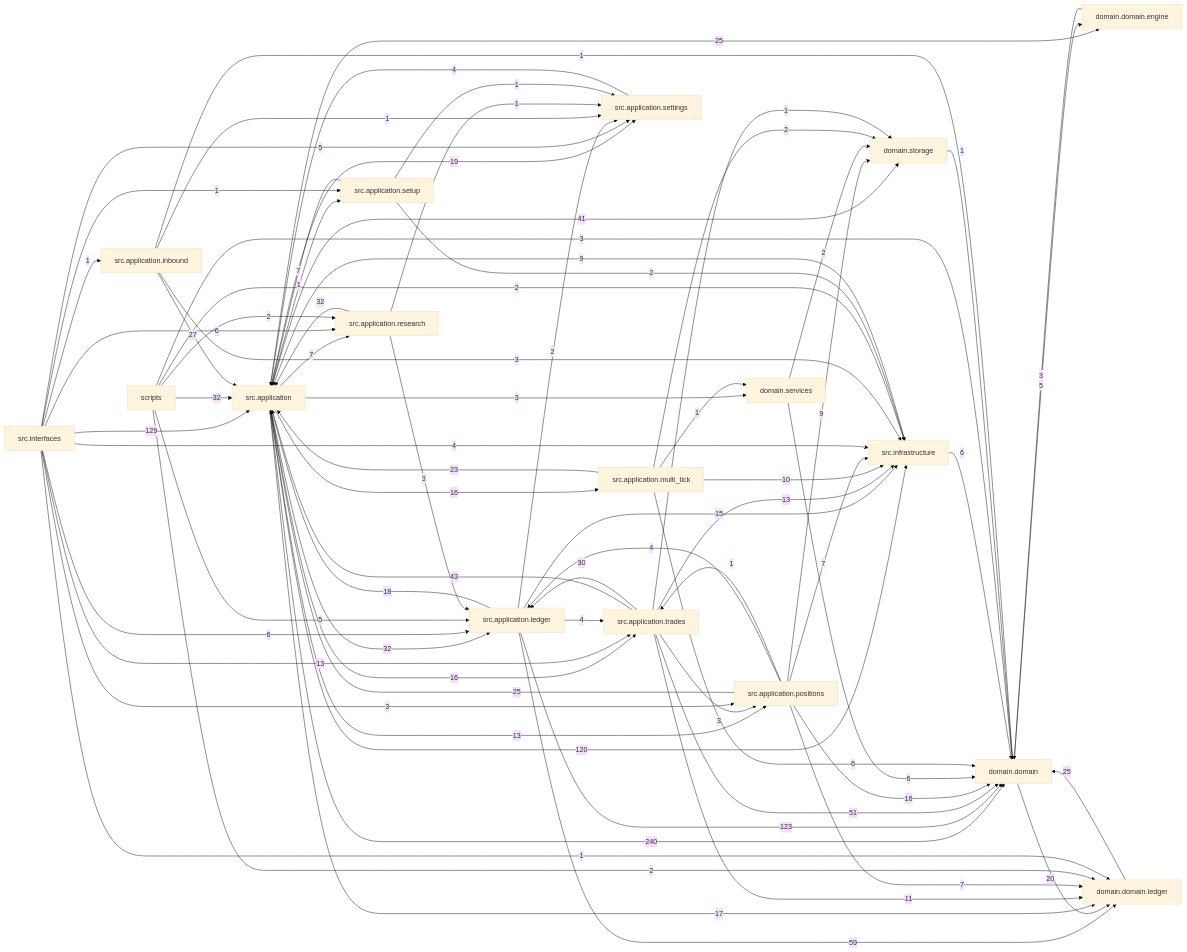
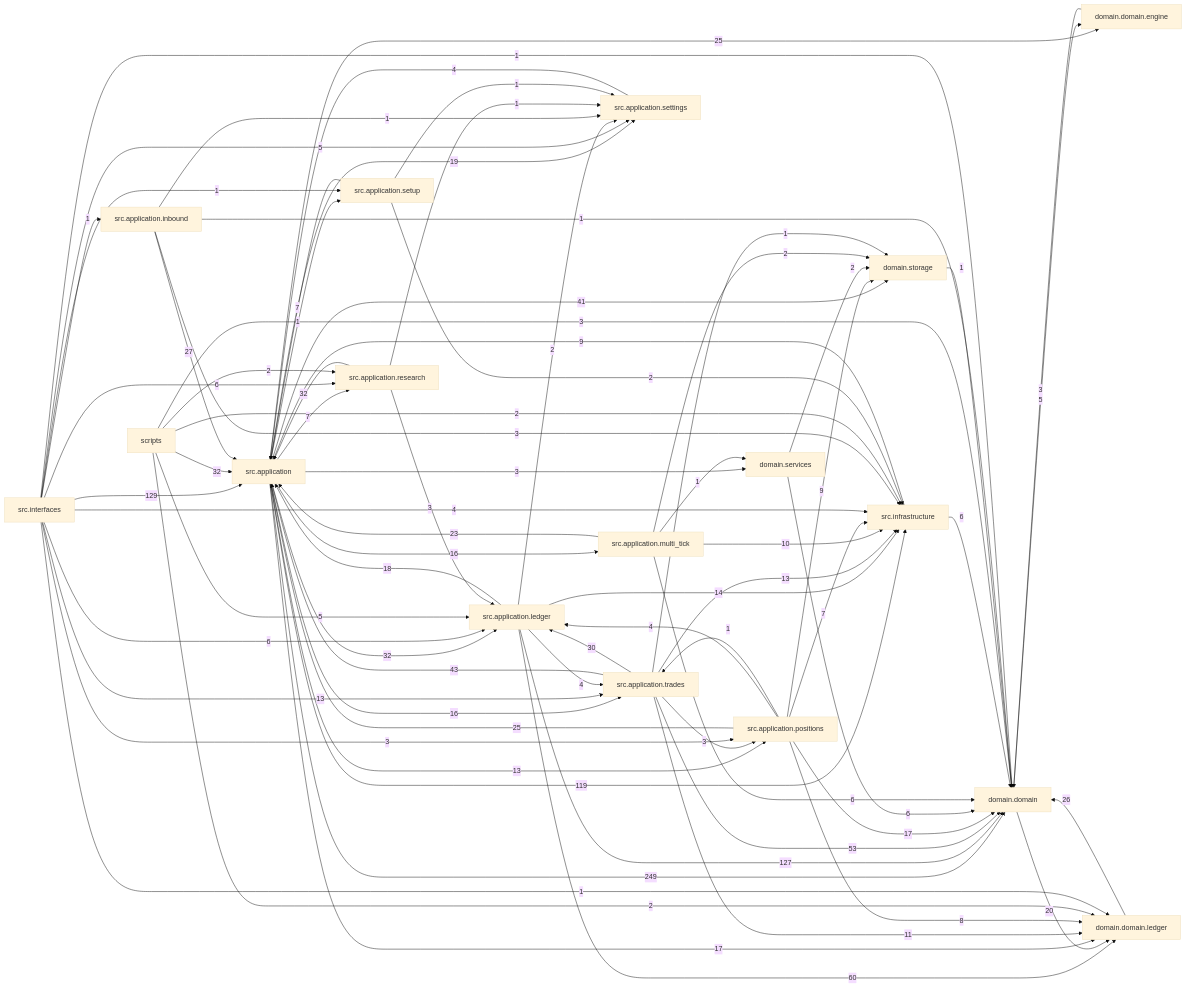
One commit to liuxie066/options-monitor changed the diagram in docs/dependency_graph.mmd. Above: the diagram before and after it, drawn with Mermaid (base theme). The commit also changed 100 other files, not shown here.

```diff
--- a/docs/dependency_graph.mmd
+++ b/docs/dependency_graph.mmd
@@ -1,75 +1,76 @@
 flowchart LR
-  src_application["src.application"] -->|240| domain_domain["domain.domain"]
+  src_application["src.application"] -->|249| domain_domain["domain.domain"]
   src_interfaces["src.interfaces"] -->|129| src_application["src.application"]
-  src_application_ledger["src.application.ledger"] -->|123| domain_domain["domain.domain"]
-  src_application["src.application"] -->|120| src_infrastructure["src.infrastructure"]
-  src_application_ledger["src.application.ledger"] -->|59| domain_domain_ledger["domain.domain.ledger"]
-  src_application_trades["src.application.trades"] -->|51| domain_domain["domain.domain"]
+  src_application_ledger["src.application.ledger"] -->|127| domain_domain["domain.domain"]
+  src_application["src.application"] -->|119| src_infrastructure["src.infrastructure"]
+  src_application_ledger["src.application.ledger"] -->|60| domain_domain_ledger["domain.domain.ledger"]
+  src_application_trades["src.application.trades"] -->|53| domain_domain["domain.domain"]
   src_application_trades["src.application.trades"] -->|43| src_application["src.application"]
   src_application["src.application"] -->|41| domain_storage["domain.storage"]
   scripts["scripts"] -->|32| src_application["src.application"]
   src_application["src.application"] -->|32| src_application_ledger["src.application.ledger"]
   src_application_research["src.application.research"] -->|32| src_application["src.application"]
   src_application_trades["src.application.trades"] -->|30| src_application_ledger["src.application.ledger"]
   src_application_inbound["src.application.inbound"] -->|27| src_application["src.application"]
-  domain_domain_ledger["domain.domain.ledger"] -->|25| domain_domain["domain.domain"]
+  domain_domain_ledger["domain.domain.ledger"] -->|26| domain_domain["domain.domain"]
   src_application["src.application"] -->|25| domain_domain_engine["domain.domain.engine"]
   src_application_positions["src.application.positions"] -->|25| src_application["src.application"]
   src_application_multi_tick["src.application.multi_tick"] -->|23| src_application["src.application"]
   domain_domain["domain.domain"] -->|20| domain_domain_ledger["domain.domain.ledger"]
   src_application["src.application"] -->|19| src_application_settings["src.application.settings"]
   src_application_ledger["src.application.ledger"] -->|18| src_application["src.application"]
   src_application["src.application"] -->|17| domain_domain_ledger["domain.domain.ledger"]
+  src_application_positions["src.application.positions"] -->|17| domain_domain["domain.domain"]
   src_application["src.application"] -->|16| src_application_multi_tick["src.application.multi_tick"]
   src_application["src.application"] -->|16| src_application_trades["src.application.trades"]
-  src_application_positions["src.application.positions"] -->|16| domain_domain["domain.domain"]
-  src_application_ledger["src.application.ledger"] -->|15| src_infrastructure["src.infrastructure"]
+  src_application_ledger["src.application.ledger"] -->|14| src_infrastructure["src.infrastructure"]
   src_application["src.application"] -->|13| src_application_positions["src.application.positions"]
   src_application_trades["src.application.trades"] -->|13| src_infrastructure["src.infrastructure"]
   src_interfaces["src.interfaces"] -->|13| src_application_trades["src.application.trades"]
   src_application_trades["src.application.trades"] -->|11| domain_domain_ledger["domain.domain.ledger"]
   src_application_multi_tick["src.application.multi_tick"] -->|10| src_infrastructure["src.infrastructure"]
   src_application_positions["src.application.positions"] -->|9| domain_storage["domain.storage"]
   src_infrastructure["src.infrastructure"] -->|9| src_application["src.application"]
+  src_application_positions["src.application.positions"] -->|8| domain_domain_ledger["domain.domain.ledger"]
   src_application["src.application"] -->|7| src_application_research["src.application.research"]
-  src_application_positions["src.application.positions"] -->|7| domain_domain_ledger["domain.domain.ledger"]
   src_application_positions["src.application.positions"] -->|7| src_infrastructure["src.infrastructure"]
   src_application_setup["src.application.setup"] -->|7| src_application["src.application"]
   domain_services["domain.services"] -->|6| domain_domain["domain.domain"]
   src_application_multi_tick["src.application.multi_tick"] -->|6| domain_domain["domain.domain"]
   src_infrastructure["src.infrastructure"] -->|6| domain_domain["domain.domain"]
   src_interfaces["src.interfaces"] -->|6| src_application_ledger["src.application.ledger"]
   src_interfaces["src.interfaces"] -->|6| src_application_research["src.application.research"]
   domain_domain["domain.domain"] -->|5| domain_domain_engine["domain.domain.engine"]
   scripts["scripts"] -->|5| src_application_ledger["src.application.ledger"]
   src_interfaces["src.interfaces"] -->|5| src_application_settings["src.application.settings"]
   src_application_ledger["src.application.ledger"] -->|4| src_application_trades["src.application.trades"]
   src_application_positions["src.application.positions"] -->|4| src_application_ledger["src.application.ledger"]
   src_application_settings["src.application.settings"] -->|4| src_application["src.application"]
   src_interfaces["src.interfaces"] -->|4| src_infrastructure["src.infrastructure"]
   domain_domain_engine["domain.domain.engine"] -->|3| domain_domain["domain.domain"]
   scripts["scripts"] -->|3| domain_domain["domain.domain"]
   src_application["src.application"] -->|3| domain_services["domain.services"]
   src_application_inbound["src.application.inbound"] -->|3| src_infrastructure["src.infrastructure"]
   src_application_research["src.application.research"] -->|3| src_application_ledger["src.application.ledger"]
   src_application_trades["src.application.trades"] -->|3| src_application_positions["src.application.positions"]
   src_interfaces["src.interfaces"] -->|3| src_application_positions["src.application.positions"]
   domain_services["domain.services"] -->|2| domain_storage["domain.storage"]
   scripts["scripts"] -->|2| domain_domain_ledger["domain.domain.ledger"]
   scripts["scripts"] -->|2| src_application_research["src.application.research"]
   scripts["scripts"] -->|2| src_infrastructure["src.infrastructure"]
   src_application_ledger["src.application.ledger"] -->|2| src_application_settings["src.application.settings"]
   src_application_multi_tick["src.application.multi_tick"] -->|2| domain_storage["domain.storage"]
   src_application_setup["src.application.setup"] -->|2| src_infrastructure["src.infrastructure"]
   domain_storage["domain.storage"] -->|1| domain_domain["domain.domain"]
   src_application["src.application"] -->|1| src_application_setup["src.application.setup"]
   src_application_inbound["src.application.inbound"] -->|1| domain_domain["domain.domain"]
   src_application_inbound["src.application.inbound"] -->|1| src_application_settings["src.application.settings"]
   src_application_multi_tick["src.application.multi_tick"] -->|1| domain_services["domain.services"]
   src_application_positions["src.application.positions"] -->|1| src_application_trades["src.application.trades"]
   src_application_research["src.application.research"] -->|1| src_application_settings["src.application.settings"]
   src_application_setup["src.application.setup"] -->|1| src_application_settings["src.application.settings"]
   src_application_trades["src.application.trades"] -->|1| domain_storage["domain.storage"]
+  src_interfaces["src.interfaces"] -->|1| domain_domain["domain.domain"]
   src_interfaces["src.interfaces"] -->|1| domain_domain_ledger["domain.domain.ledger"]
   src_interfaces["src.interfaces"] -->|1| src_application_inbound["src.application.inbound"]
   src_interfaces["src.interfaces"] -->|1| src_application_setup["src.application.setup"]
```
